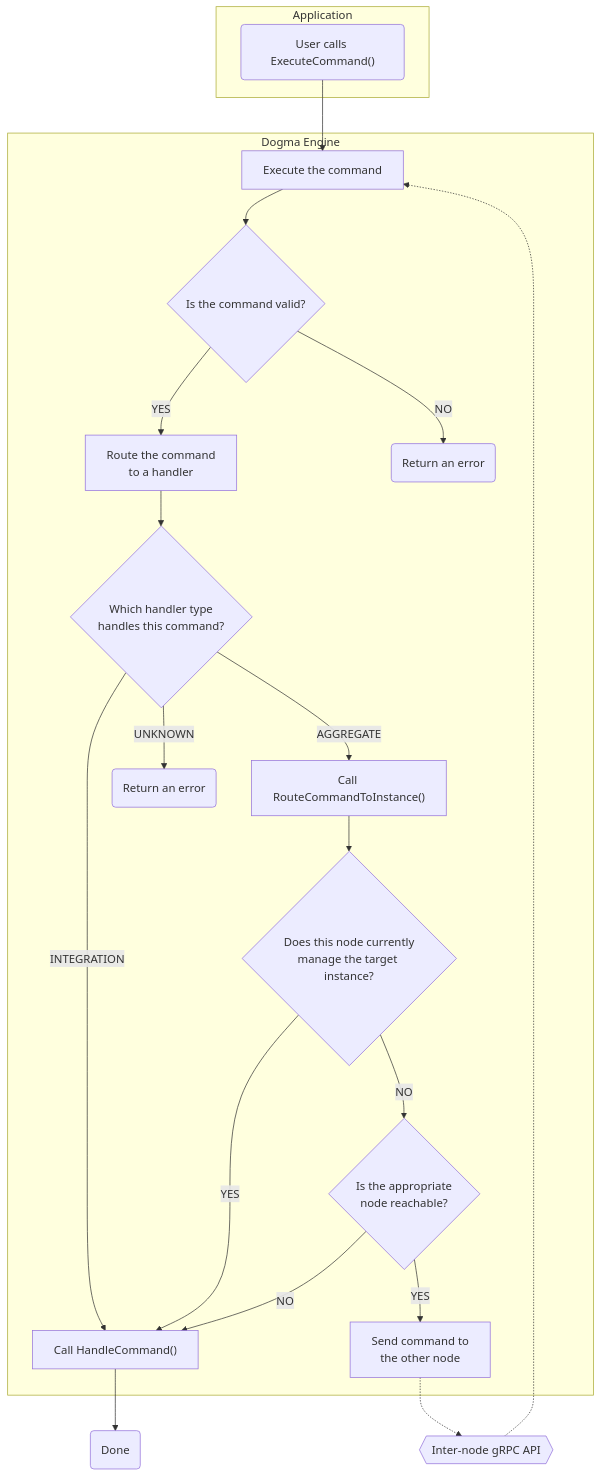
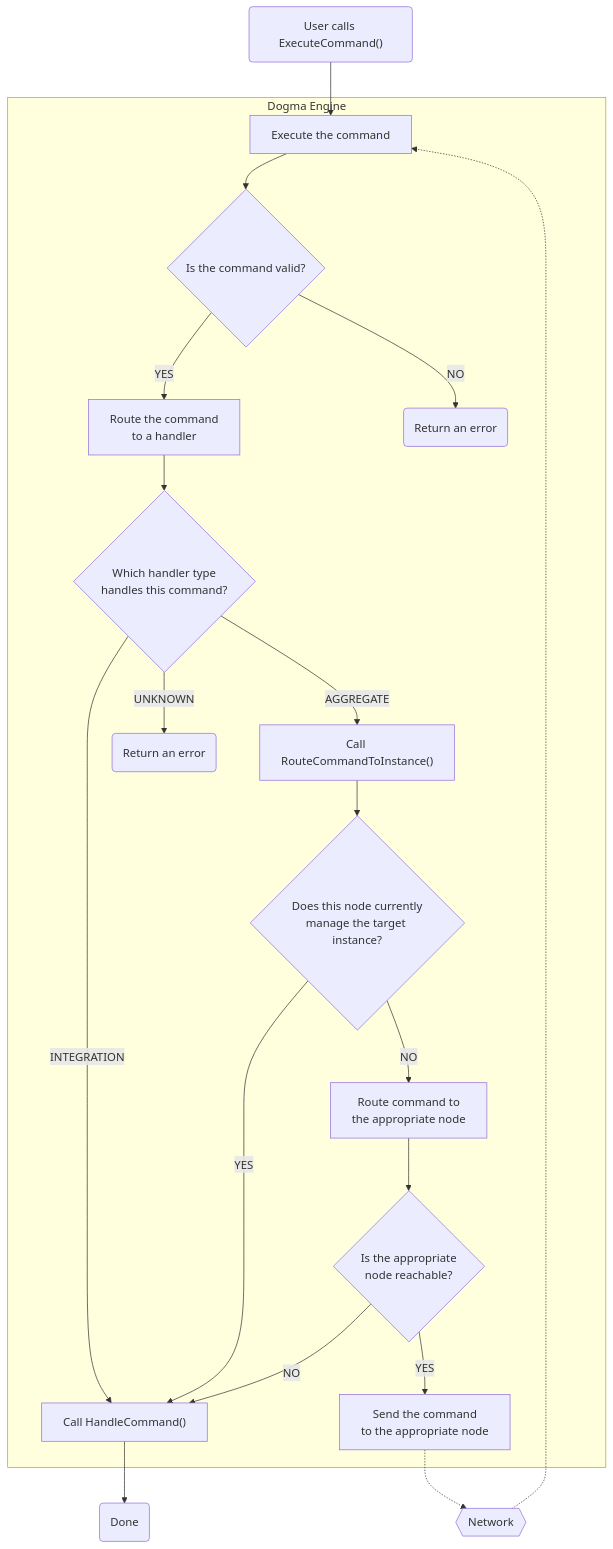
The diagram in docs/command-routing.md (dogmatiq/veracity), drawn with Mermaid before and after one commit.

Commit message:
Move "begin" node outside app subgraph.

````diff
--- a/docs/command-routing.md
+++ b/docs/command-routing.md
@@ -1,47 +1,46 @@
 ```mermaid
 flowchart TD
-    subgraph Application
-        Begin("User calls ExecuteCommand()")
-    end
+    Begin("User calls ExecuteCommand()")
+    Network{{Network}}
+    Done(Done)
+
+    Begin --> Execute
 
     subgraph Dogma Engine
-        Begin --> Execute
-
         Execute[Execute the command]
         Valid?{Is the command valid?}
         RouteToHandler[Route the command\nto a handler]
         HandlerType?{Which handler type\nhandles this command?}
         RouteToInstance["Call RouteCommandToInstance()"]
         ThisNode?{"Does this node currently\nmanage the target instance?"}
+        RouteToNode[Route command to\nthe appropriate node]
+        Reachable?{"Is the appropriate\nnode reachable?"}
+        Send[Send the command\nto the appropriate node]
         Handle["Call HandleCommand()"]
-        Reachable?{"Is the appropriate\nnode reachable?"}
-        Send[Send command to\nthe other node]
 
         Execute --> Valid?
 
         Valid? -- YES --> RouteToHandler
         Valid? -- NO --> NotValid(Return an error)
 
         RouteToHandler --> HandlerType?
 
         HandlerType? -- AGGREGATE --> RouteToInstance
         HandlerType? -- INTEGRATION --> Handle
         HandlerType? -- UNKNOWN --> Unknown(Return an error)
 
         RouteToInstance --> ThisNode?
 
         ThisNode? -- YES --> Handle
-        ThisNode? -- NO --> Reachable?
+        ThisNode? -- NO --> RouteToNode
 
+        RouteToNode --> Reachable?
+        Reachable? -- NO --> Handle
         Reachable? -- YES --> Send
-        Reachable? -- NO --> Handle
     end
 
-    API{{Inter-node gRPC API}}
-    Send -.-> API
-    API -.-> Execute
+    Send -.-> Network
+    Network -.-> Execute
 
-    Done(Done)
     Handle --> Done
-
 ```
````
